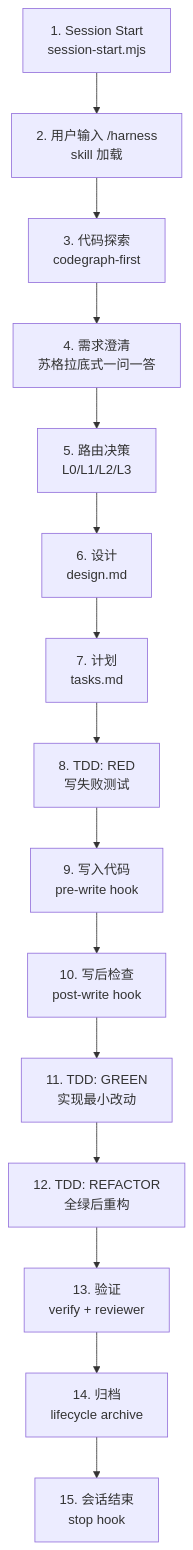
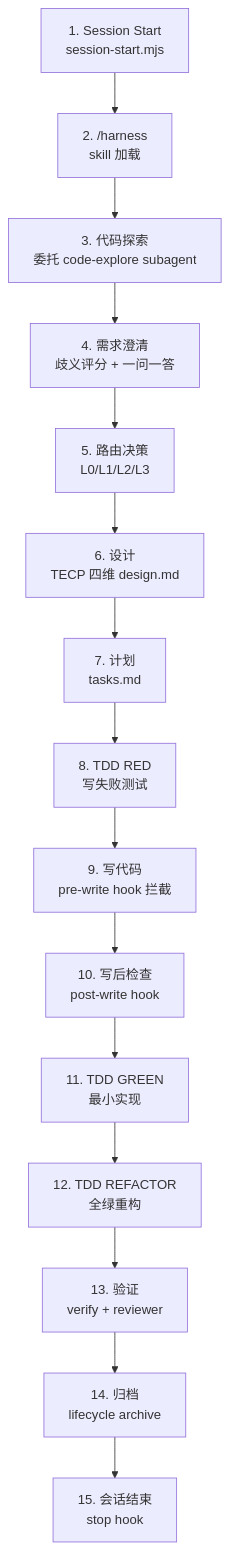
The diagram in docs/zh-cn/full-lifecycle-truth.md (Emtemf/enterprise-harness), drawn with Mermaid before and after one commit. The commit also changed other lines of this file, not shown here.

Commit message:
docs: rewrite full-lifecycle-truth as TECP-driven with per-step file map, expected output, and anomaly detection

````diff
--- a/docs/zh-cn/full-lifecycle-truth.md
+++ b/docs/zh-cn/full-lifecycle-truth.md
@@ -11,17 +9,17 @@
 ```mermaid
 graph TD
-    A[1. Session Start<br/>session-start.mjs] --> B[2. 用户输入 /harness<br/>skill 加载]
-    B --> C[3. 代码探索<br/>codegraph-first]
-    C --> D[4. 需求澄清<br/>苏格拉底式一问一答]
-    D --> E[5. 路由决策<br/>L0/L1/L2/L3]
-    E --> F[6. 设计<br/>design.md]
-    F --> G[7. 计划<br/>tasks.md]
-    G --> H[8. TDD: RED<br/>写失败测试]
-    H --> I[9. 写入代码<br/>pre-write hook]
-    I --> J[10. 写后检查<br/>post-write hook]
-    J --> K[11. TDD: GREEN<br/>实现最小改动]
-    K --> L[12. TDD: REFACTOR<br/>全绿后重构]
-    L --> M[13. 验证<br/>verify + reviewer]
-    M --> N[14. 归档<br/>lifecycle archive]
-    N --> O[15. 会话结束<br/>stop hook]
+    A["1. Session Start<br/>session-start.mjs"] --> B["2. /harness<br/>skill 加载"]
+    B --> C["3. 代码探索<br/>委托 code-explore subagent"]
+    C --> D["4. 需求澄清<br/>歧义评分 + 一问一答"]
+    D --> E["5. 路由决策<br/>L0/L1/L2/L3"]
+    E --> F["6. 设计<br/>TECP 四维 design.md"]
+    F --> G["7. 计划<br/>tasks.md"]
+    G --> H["8. TDD RED<br/>写失败测试"]
+    H --> I["9. 写代码<br/>pre-write hook 拦截"]
+    I --> J["10. 写后检查<br/>post-write hook"]
+    J --> K["11. TDD GREEN<br/>最小实现"]
+    K --> L["12. TDD REFACTOR<br/>全绿重构"]
+    L --> M["13. 验证<br/>verify + reviewer"]
+    M --> N["14. 归档<br/>lifecycle archive"]
+    N --> O["15. 会话结束<br/>stop hook"]
 ```
````
